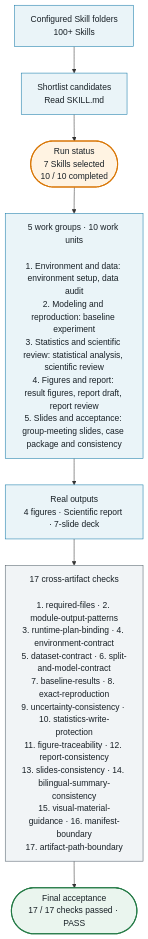
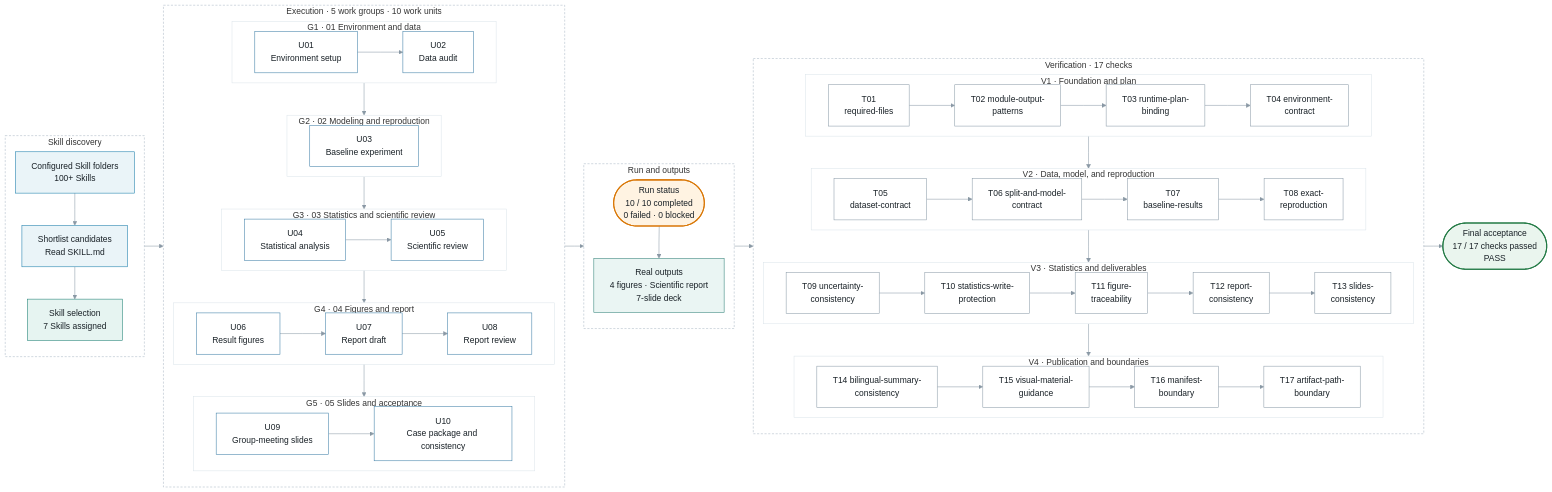
The diagram in README.md (hallfay0/Vibe-Skills), drawn with Mermaid before and after one commit. The commit also changed other lines of this file and 2 other files, not shown here.

Commit message:
docs: expand horizontal case run map

````diff
--- a/README.md
+++ b/README.md
@@ -77,18 +77,154 @@
 ```mermaid
-flowchart TB
-    A["Configured Skill folders<br/>100+ Skills"] --> B["Shortlist candidates<br/>Read SKILL.md"]
-    B --> S(["Run status<br/>7 Skills selected<br/>10 / 10 completed"])
-    S --> W["5 work groups · 10 work units<br/><br/>1. Environment and data: environment setup, data audit<br/>2. Modeling and reproduction: baseline experiment<br/>3. Statistics and scientific review: statistical analysis, scientific review<br/>4. Figures and report: result figures, report draft, report review<br/>5. Slides and acceptance: group-meeting slides, case package and consistency"]
-    W --> D["Real outputs<br/>4 figures · Scientific report · 7-slide deck"]
-    D --> C["17 cross-artifact checks<br/><br/>1. required-files · 2. module-output-patterns<br/>3. runtime-plan-binding · 4. environment-contract<br/>5. dataset-contract · 6. split-and-model-contract<br/>7. baseline-results · 8. exact-reproduction<br/>9. uncertainty-consistency · 10. statistics-write-protection<br/>11. figure-traceability · 12. report-consistency<br/>13. slides-consistency · 14. bilingual-summary-consistency<br/>15. visual-material-guidance · 16. manifest-boundary<br/>17. artifact-path-boundary"]
-    C --> E(["Final acceptance<br/>17 / 17 checks passed · PASS"])
+%%{init: {"flowchart": {"curve": "linear", "nodeSpacing": 18, "rankSpacing": 36}}}%%
+flowchart LR
+    subgraph DISC["Skill discovery"]
+        direction TB
+        A["Configured Skill folders<br/>100+ Skills"]
+        B["Shortlist candidates<br/>Read SKILL.md"]
+        SEL["Skill selection<br/>7 Skills assigned"]
+        A --> B
+        B --> SEL
+    end
 
-    classDef work fill:#EAF4F8,stroke:#1479A8,color:#182026;
+    subgraph EXEC["Execution · 5 work groups · 10 work units"]
+        direction TB
+
+        subgraph G1["G1 · 01 Environment and data"]
+            direction LR
+            u01["U01<br/>Environment setup"]
+            u02["U02<br/>Data audit"]
+            u01 --> u02
+        end
+
+        subgraph G2["G2 · 02 Modeling and reproduction"]
+            direction LR
+            u03["U03<br/>Baseline experiment"]
+        end
+
+        subgraph G3["G3 · 03 Statistics and scientific review"]
+            direction LR
+            u04["U04<br/>Statistical analysis"]
+            u05["U05<br/>Scientific review"]
+            u04 --> u05
+        end
+
+        subgraph G4["G4 · 04 Figures and report"]
+            direction LR
+            u06["U06<br/>Result figures"]
+            u07["U07<br/>Report draft"]
+            u08["U08<br/>Report review"]
+            u06 --> u07
+            u07 --> u08
+        end
+
+        subgraph G5["G5 · 05 Slides and acceptance"]
+            direction LR
+            u09["U09<br/>Group-meeting slides"]
+            u10["U10<br/>Case package and consistency"]
+            u09 --> u10
+        end
+
+        G1 --> G2
+        G2 --> G3
+        G3 --> G4
+        G4 --> G5
+    end
+
+    subgraph MID["Run and outputs"]
+        direction TB
+        S(["Run status<br/>10 / 10 completed<br/>0 failed · 0 blocked"])
+        D["Real outputs<br/>4 figures · Scientific report<br/>7-slide deck"]
+        S --> D
+    end
+
+    subgraph VERIFY["Verification · 17 checks"]
+        direction TB
+
+        subgraph V1["V1 · Foundation and plan"]
+            direction LR
+            t01["T01<br/>required-files"]
+            t02["T02 module-output-<br/>patterns"]
+            t03["T03 runtime-plan-<br/>binding"]
+            t04["T04 environment-<br/>contract"]
+            t01 --> t02
+            t02 --> t03
+            t03 --> t04
+        end
+
+        subgraph V2["V2 · Data, model, and reproduction"]
+            direction LR
+            t05["T05<br/>dataset-contract"]
+            t06["T06 split-and-model-<br/>contract"]
+            t07["T07<br/>baseline-results"]
+            t08["T08 exact-<br/>reproduction"]
+            t05 --> t06
+            t06 --> t07
+            t07 --> t08
+        end
+
+        subgraph V3["V3 · Statistics and deliverables"]
+            direction LR
+            t09["T09 uncertainty-<br/>consistency"]
+            t10["T10 statistics-write-<br/>protection"]
+            t11["T11 figure-<br/>traceability"]
+            t12["T12 report-<br/>consistency"]
+            t13["T13 slides-<br/>consistency"]
+            t09 --> t10
+            t10 --> t11
+            t11 --> t12
+            t12 --> t13
+        end
+
+        subgraph V4["V4 · Publication and boundaries"]
+            direction LR
+            t14["T14 bilingual-summary-<br/>consistency"]
+            t15["T15 visual-material-<br/>guidance"]
+            t16["T16 manifest-<br/>boundary"]
+            t17["T17 artifact-path-<br/>boundary"]
+            t14 --> t15
+            t15 --> t16
+            t16 --> t17
+        end
+
+        V1 --> V2
+        V2 --> V3
+        V3 --> V4
+    end
+
+    E(["Final acceptance<br/>17 / 17 checks passed<br/>PASS"])
+
+    DISC --> EXEC
+    EXEC --> MID
+    MID --> VERIFY
+    VERIFY --> E
+
+    classDef source fill:#EAF4F8,stroke:#1479A8,color:#182026;
+    classDef selected fill:#E6F4F1,stroke:#167C70,color:#182026;
+    classDef unit fill:#FFFFFF,stroke:#3A7CA5,color:#182026;
     classDef status fill:#FFF3E2,stroke:#D97706,color:#182026,stroke-width:2px;
-    classDef checks fill:#F1F4F6,stroke:#52606A,color:#182026;
+    classDef output fill:#EAF5F3,stroke:#2D7F75,color:#182026;
+    classDef check fill:#FFFFFF,stroke:#8A9AA7,color:#182026;
     classDef result fill:#EAF5EE,stroke:#237A45,color:#182026,stroke-width:2px;
-    class A,B,W,D work;
+    class A,B source;
+    class SEL selected;
+    class u01,u02,u03,u04,u05,u06,u07,u08,u09,u10 unit;
     class S status;
-    class C checks;
+    class D output;
+    class t01,t02,t03,t04,t05,t06,t07,t08,t09,t10,t11,t12,t13,t14,t15,t16,t17 check;
     class E result;
+
+    style DISC fill:transparent,stroke:#AAB7C4,stroke-width:1px,stroke-dasharray:4 3;
+    style EXEC fill:transparent,stroke:#AAB7C4,stroke-width:1px,stroke-dasharray:4 3;
+    style MID fill:transparent,stroke:#AAB7C4,stroke-width:1px,stroke-dasharray:4 3;
+    style VERIFY fill:transparent,stroke:#AAB7C4,stroke-width:1px,stroke-dasharray:4 3;
+    style G1 fill:#FFFFFF,stroke:#DCE4EA,stroke-width:1px;
+    style G2 fill:#FFFFFF,stroke:#DCE4EA,stroke-width:1px;
+    style G3 fill:#FFFFFF,stroke:#DCE4EA,stroke-width:1px;
+    style G4 fill:#FFFFFF,stroke:#DCE4EA,stroke-width:1px;
+    style G5 fill:#FFFFFF,stroke:#DCE4EA,stroke-width:1px;
+    style V1 fill:#FFFFFF,stroke:#DCE4EA,stroke-width:1px;
+    style V2 fill:#FFFFFF,stroke:#DCE4EA,stroke-width:1px;
+    style V3 fill:#FFFFFF,stroke:#DCE4EA,stroke-width:1px;
+    style V4 fill:#FFFFFF,stroke:#DCE4EA,stroke-width:1px;
+    linkStyle default stroke:#8A98A5,stroke-width:1px;
 ```
````
